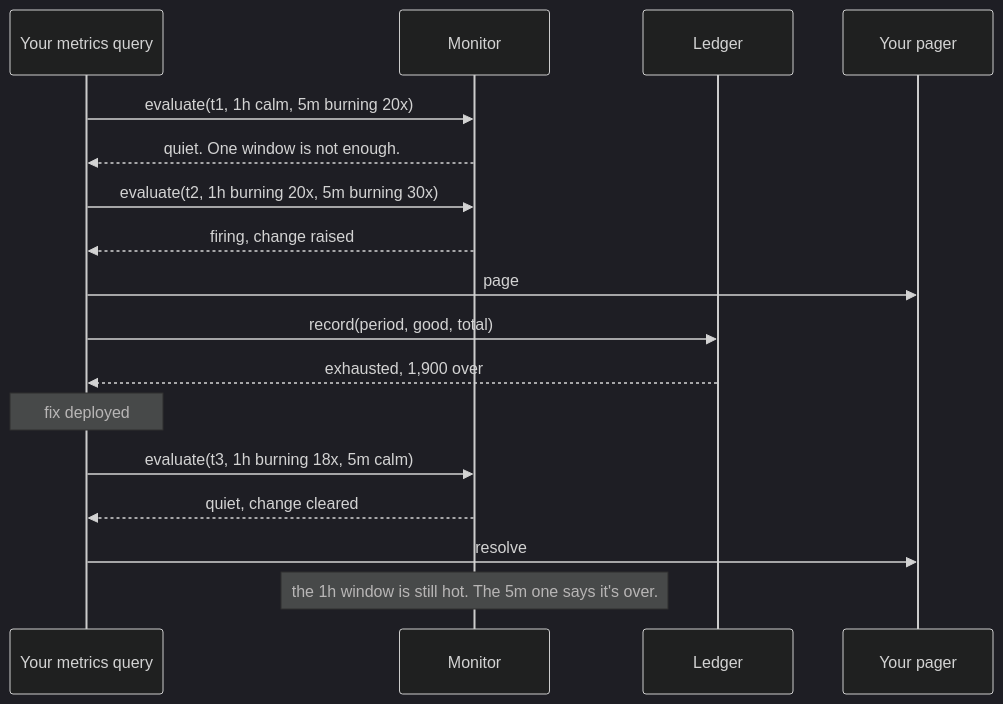
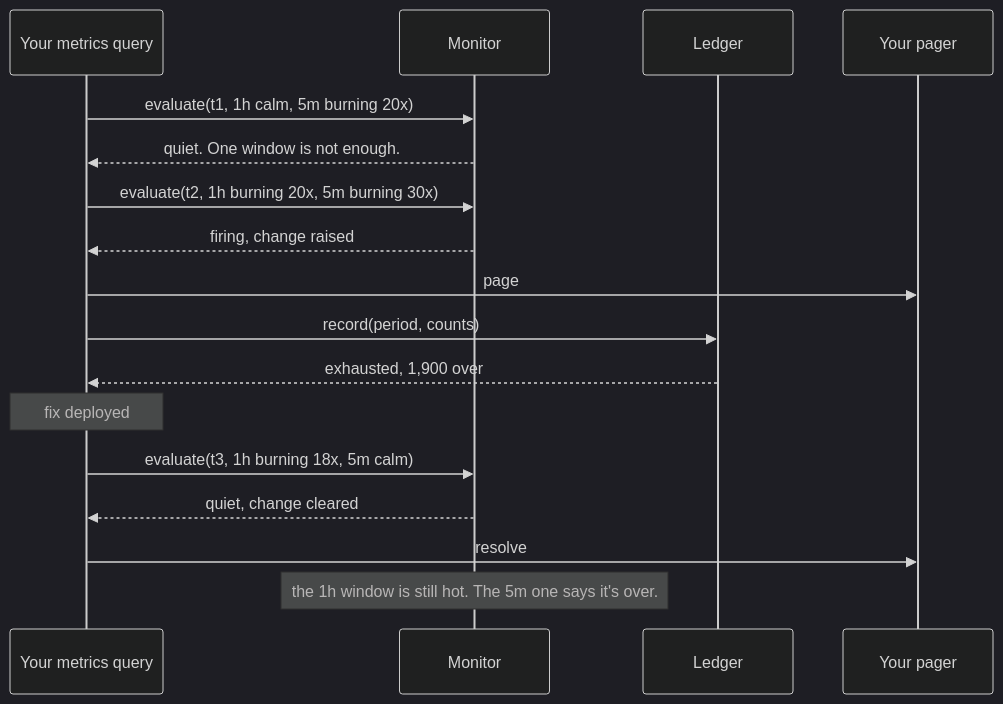
The second of 2 diagrams in README.md (seuros/budget_machines), drawn with Mermaid (dark theme) before and after one commit. The commit also changed other lines of this file and 13 other files, not shown here.

````diff
--- a/README.md
+++ b/README.md
@@ -78,20 +83,20 @@
 ```mermaid
 sequenceDiagram
     participant Q as Your metrics query
     participant M as Monitor
     participant L as Ledger
     participant P as Your pager
 
     Q->>M: evaluate(t1, 1h calm, 5m burning 20x)
     M-->>Q: quiet. One window is not enough.
     Q->>M: evaluate(t2, 1h burning 20x, 5m burning 30x)
     M-->>Q: firing, change raised
     Q->>P: page
-    Q->>L: record(period, good, total)
+    Q->>L: record(period, counts)
     L-->>Q: exhausted, 1,900 over
     Note over Q: fix deployed
     Q->>M: evaluate(t3, 1h burning 18x, 5m calm)
     M-->>Q: quiet, change cleared
     Q->>P: resolve
     Note over M: the 1h window is still hot. The 5m one says it's over.
 ```
````
